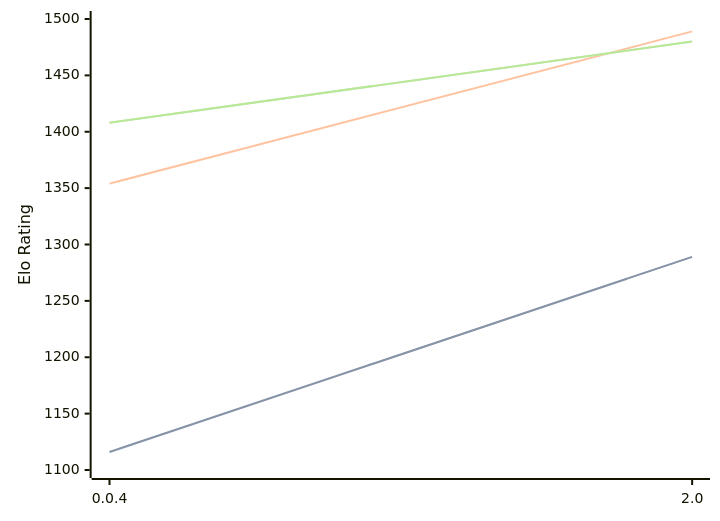
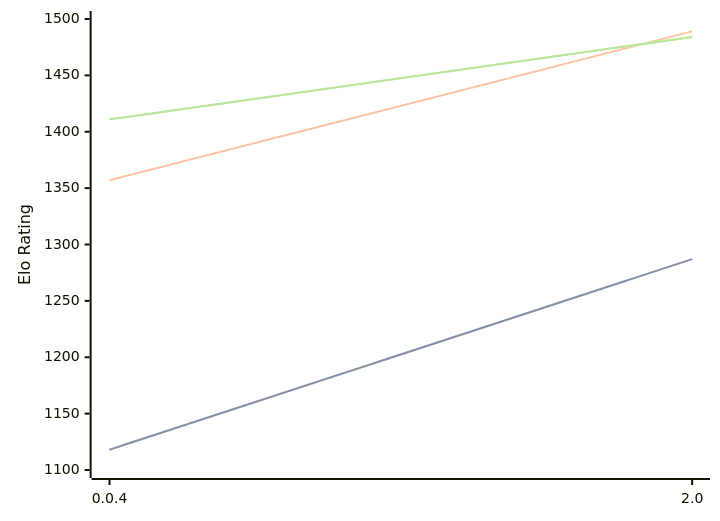
One commit to computer-chess-index/cci changed the diagram in engines/Oops!Mate.md. Above: the diagram before and after it, drawn with Mermaid. The commit also changed other lines of this file, not shown here.

Commit message:
Update CCI Ratings (ELO VLTC) - 2026-03-29

````diff
--- a/engines/Oops!Mate.md
+++ b/engines/Oops!Mate.md
@@ -51,11 +51,11 @@
 ```mermaid
 %%{init: {"theme":"base","themeVariables":{"seriesColors:['#a3a3a3','#222221','#faa371']}}}%%
 xychart-beta
   x-axis ["0.0.4", "2.0"]
   y-axis "Elo Rating" 1100 --> 1500
-  line "STC (8.0+0.08s)" [1116, 1289]
-  line "STC (8.0+0.08s)" [1116, 1289]
-  line "LTC (60.0+0.60s)" [1354, 1489]
-  line "VLTC (2m24s+1.12s)" [1408, 1480]
-  line "VLTC (2m24s+1.12s)" [1408, 1480]
+  line "STC (8.0+0.08s)" [1118, 1287]
+  line "STC (8.0+0.08s)" [1118, 1287]
+  line "LTC (60.0+0.60s)" [1357, 1489]
+  line "VLTC (2m24s+1.12s)" [1411, 1484]
+  line "VLTC (2m24s+1.12s)" [1411, 1484]
 ```
````
